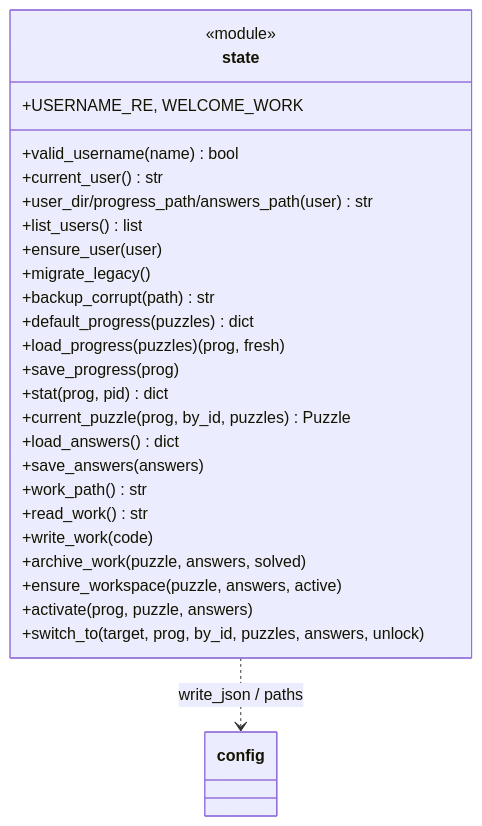
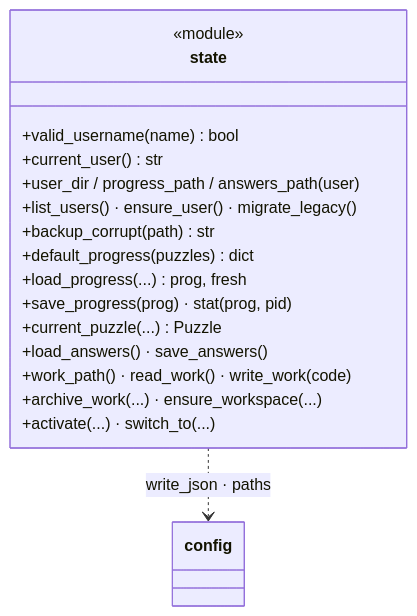
One commit to N041M/PyQuest changed the sixth of 9 diagrams in docs/architecture/engine-core.md. Above: the diagram before and after it, drawn with Mermaid. The commit also changed other lines of this file and 5 other files, not shown here.

First line of the commit message:
Polish architecture diagrams; add puzzle-consumption view

````diff
--- a/docs/architecture/engine-core.md
+++ b/docs/architecture/engine-core.md
@@ -126,29 +141,20 @@
 ```mermaid
 classDiagram
     class state {
         <<module>>
-        +USERNAME_RE, WELCOME_WORK
         +valid_username(name) bool
         +current_user() str
-        +user_dir/progress_path/answers_path(user) str
-        +list_users() list
-        +ensure_user(user)
-        +migrate_legacy()
+        +user_dir / progress_path / answers_path(user)
+        +list_users() · ensure_user() · migrate_legacy()
         +backup_corrupt(path) str
         +default_progress(puzzles) dict
-        +load_progress(puzzles) (prog, fresh)
-        +save_progress(prog)
-        +stat(prog, pid) dict
-        +current_puzzle(prog, by_id, puzzles) Puzzle
-        +load_answers() dict
-        +save_answers(answers)
-        +work_path() str
-        +read_work() str
-        +write_work(code)
-        +archive_work(puzzle, answers, solved)
-        +ensure_workspace(puzzle, answers, active)
-        +activate(prog, puzzle, answers)
-        +switch_to(target, prog, by_id, puzzles, answers, unlock)
+        +load_progress(...) prog, fresh
+        +save_progress(prog) · stat(prog, pid)
+        +current_puzzle(...) Puzzle
+        +load_answers() · save_answers()
+        +work_path() · read_work() · write_work(code)
+        +archive_work(...) · ensure_workspace(...)
+        +activate(...) · switch_to(...)
     }
-    state ..> config : write_json / paths
+    state ..> config : write_json · paths
 ```
````
